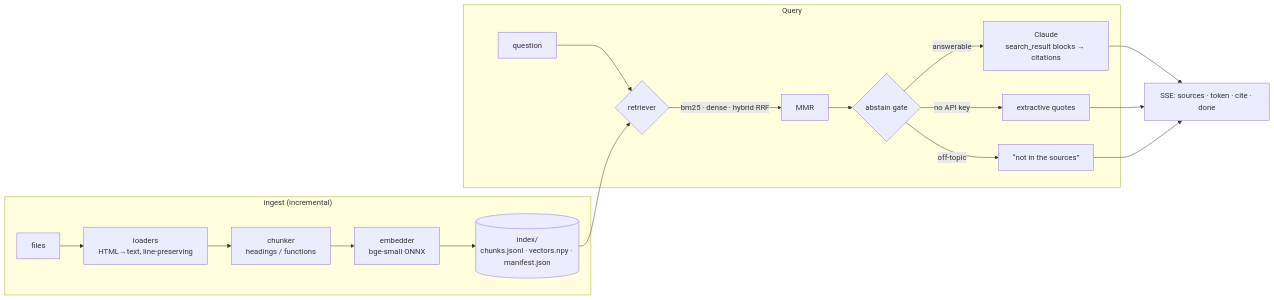
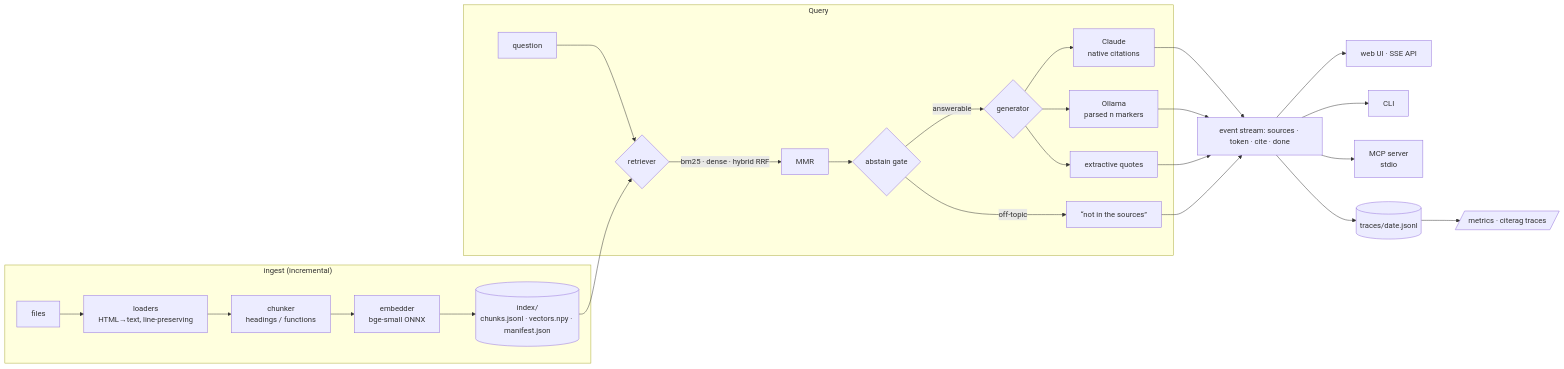
The diagram in README.md (ElioPikuli/citeRAG), drawn with Mermaid before and after one commit. The commit also changed other lines of this file and 1 other file, not shown here.

Commit message:
Docs: architecture, modules and trade-offs for Ollama, answer eval, tracing, MCP and CI

````diff
--- a/README.md
+++ b/README.md
@@ -235,18 +244,25 @@
 ```mermaid
 flowchart LR
   subgraph Ingest["ingest (incremental)"]
     F[files] --> L[loaders<br/>HTML→text, line-preserving] --> C[chunker<br/>headings / functions] --> E[embedder<br/>bge-small ONNX]
     E --> I[(index/<br/>chunks.jsonl · vectors.npy · manifest.json)]
   end
   subgraph Query
     Q[question] --> R{retriever}
     I --> R
     R -->|bm25 · dense · hybrid RRF| M[MMR] --> G{abstain gate}
     G -->|off-topic| A[“not in the sources”]
-    G -->|answerable| LLM[Claude<br/>search_result blocks → citations]
-    G -->|no API key| X[extractive quotes]
+    G -->|answerable| GEN{generator}
+    GEN --> LLM[Claude<br/>native citations]
+    GEN --> OL[Ollama<br/>parsed n markers]
+    GEN --> X[extractive quotes]
   end
-  LLM --> S[SSE: sources · token · cite · done]
+  LLM --> S[event stream: sources · token · cite · done]
+  OL --> S
   X --> S
   A --> S
+  S --> UI[web UI · SSE API]
+  S --> CLI[CLI]
+  S --> MCP[MCP server<br/>stdio]
+  S --> T[(traces/date.jsonl)] --> MET[/metrics · citerag traces/]
 ```
````
